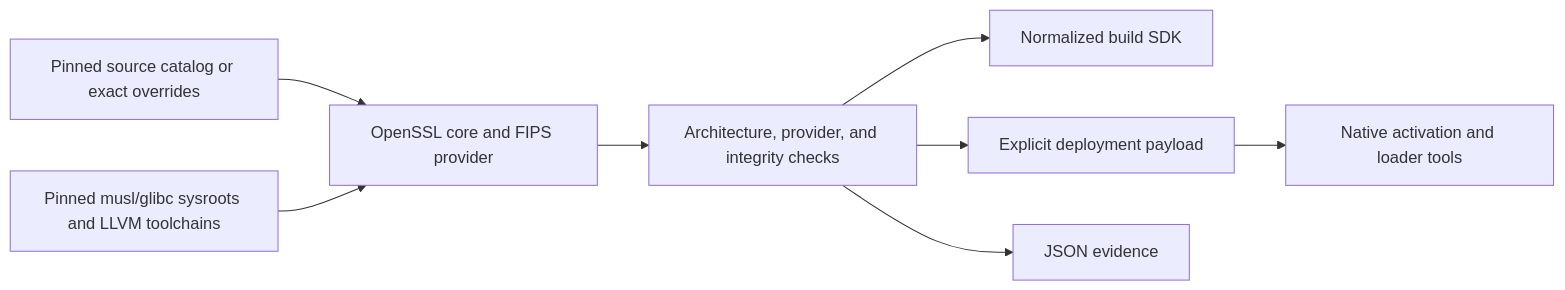
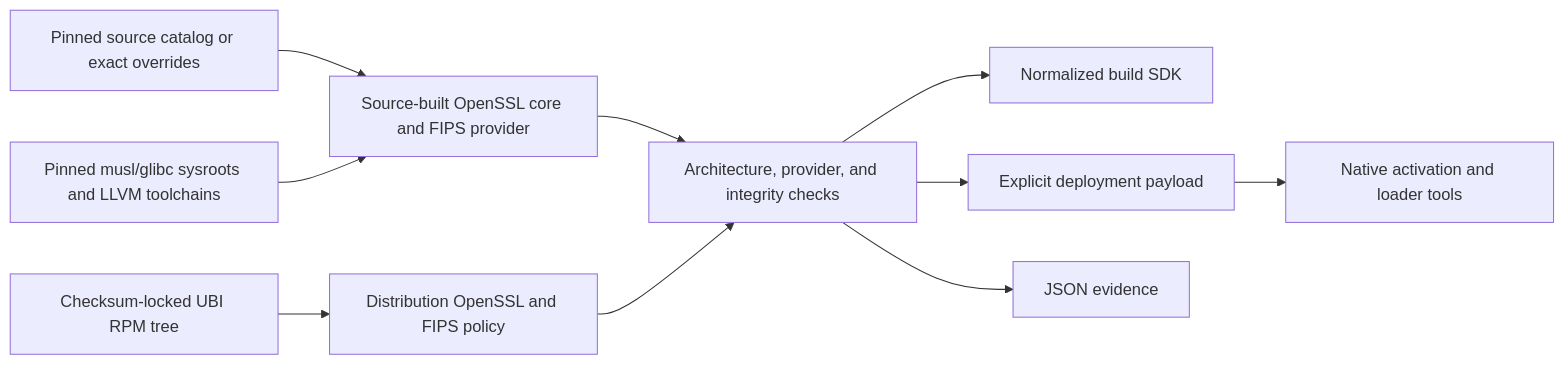
The first of 2 diagrams in docs/architecture.md (abilisoft/rules_fips), drawn with Mermaid before and after one commit. The commit also changed other lines of this file and 24 other files, not shown here.

Commit message:
feat(sdk): add checksum-locked UBI FIPS profiles

````diff
--- a/docs/architecture.md
+++ b/docs/architecture.md
@@ -8,10 +8,12 @@
 ```mermaid
 flowchart LR
-    S[Pinned source catalog or exact overrides] --> C[OpenSSL core and FIPS provider]
+    S[Pinned source catalog or exact overrides] --> C[Source-built OpenSSL core and FIPS provider]
+    U[Checksum-locked UBI RPM tree] --> N[Distribution OpenSSL and FIPS policy]
     T[Pinned musl/glibc sysroots and LLVM toolchains] --> C
     C --> V[Architecture, provider, and integrity checks]
+    N --> V
     V --> D[Normalized build SDK]
     V --> R[Explicit deployment payload]
     V --> J[JSON evidence]
     R --> A[Native activation and loader tools]
 ```
````
